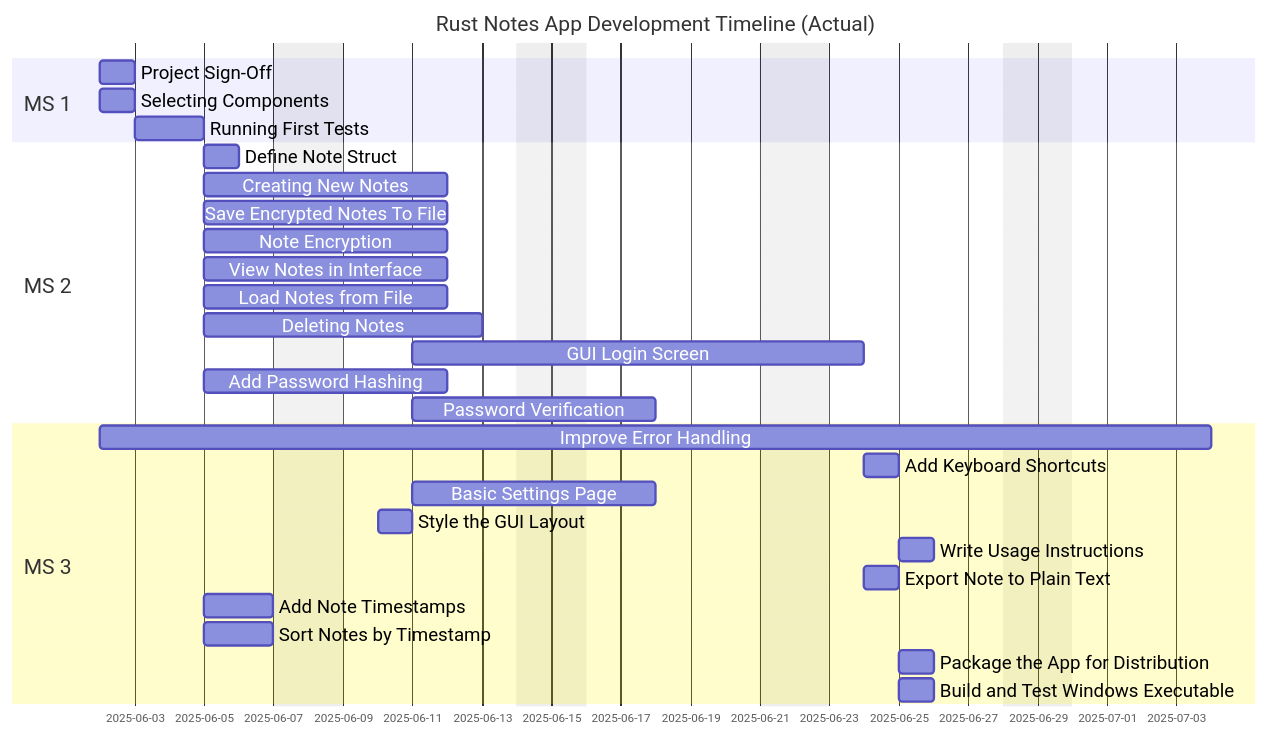
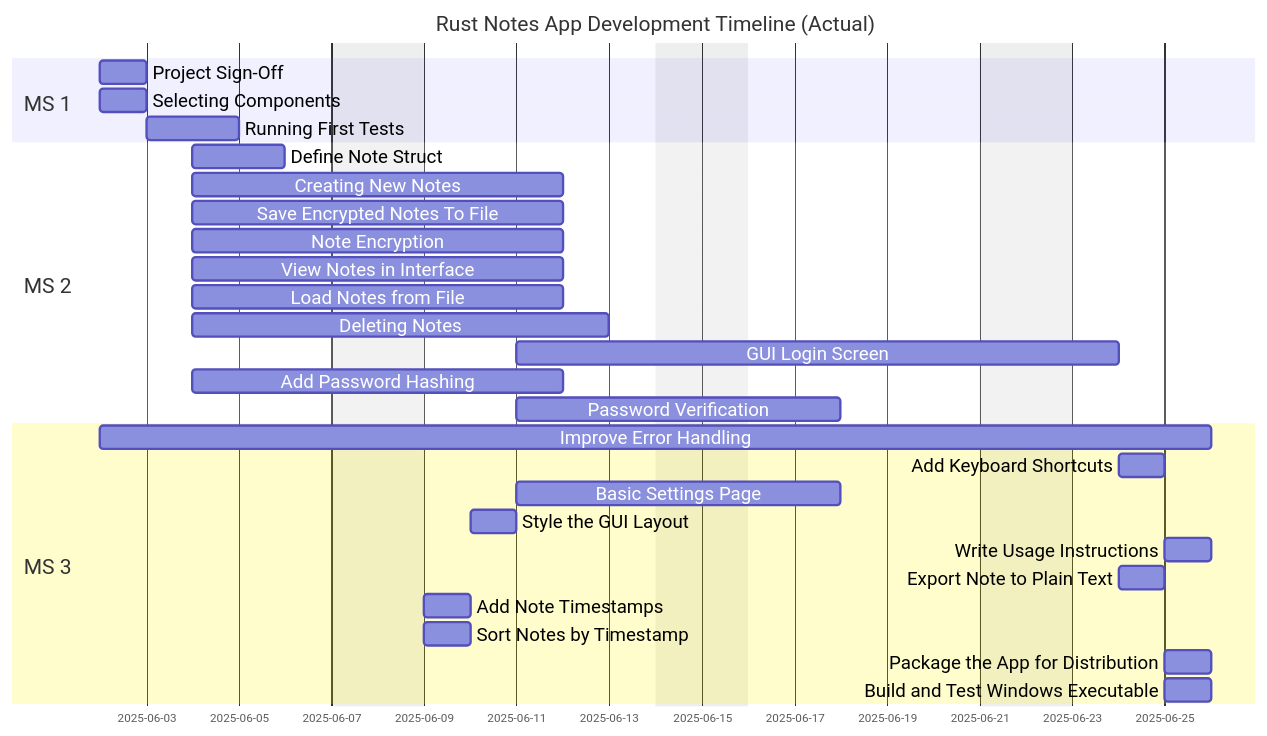
One commit to dthfan2007/RustNoteApp changed the diagram in docs/assets/mmd/gantt_actual.mmd. Above: the diagram before and after it, drawn with Mermaid. The commit also changed 9 other files, not shown here.

```diff
--- a/docs/assets/mmd/gantt_actual.mmd
+++ b/docs/assets/mmd/gantt_actual.mmd
@@ -1,37 +1,37 @@
 %%{init: {
   'gantt': {
     'fontSize': 16,
     'sectionFontSize': 18
   }
 }}%%
 gantt
     todayMarker off
     excludes weekends
     title Rust Notes App Development Timeline (Actual)
     dateFormat  DD.MM.YYYY
     section MS 1
     Project Sign-Off                  :          req,   02.06.2025, 03.06.2025
     Selecting Components              :         core,   02.06.2025, 03.06.2025
     Running First Tests               :         test,   03.06.2025, 05.06.2025
     section MS 2
-    Define Note Struct                :         core,   05.06.2025, 06.06.2025
-    Creating New Notes                :         data,   05.06.2025, 10.06.2025
-    Save Encrypted Notes To File      :         data,   05.06.2025, 10.06.2025
-    Note Encryption                   :         safety, 05.06.2025, 10.06.2025
-    View Notes in Interface           :         ui,     05.06.2025, 10.06.2025
-    Load Notes from File              :         data,   05.06.2025, 10.06.2025
-    Deleting Notes                    :         data,   05.06.2025, 11.06.2025
+    Define Note Struct                :         core,   04.06.2025, 06.06.2025
+    Creating New Notes                :         data,   04.06.2025, 10.06.2025
+    Save Encrypted Notes To File      :         data,   04.06.2025, 10.06.2025
+    Note Encryption                   :         safety, 04.06.2025, 10.06.2025
+    View Notes in Interface           :         ui,     04.06.2025, 10.06.2025
+    Load Notes from File              :         data,   04.06.2025, 10.06.2025
+    Deleting Notes                    :         data,   04.06.2025, 11.06.2025
     GUI Login Screen                  :         ui,     11.06.2025, 20.06.2025
-    Add Password Hashing              :         data,   05.06.2025, 10.06.2025
+    Add Password Hashing              :         data,   04.06.2025, 10.06.2025
     Password Verification             :         data,   11.06.2025, 16.06.2025
     section MS 3
-    Improve Error Handling            :         ux,     02.06.2025, 26.06.2025
+    Improve Error Handling            :         ux,     02.06.2025, 20.06.2025
     Add Keyboard Shortcuts            :         ux,     24.06.2025, 25.06.2025
     Basic Settings Page               :         ui,     11.06.2025, 16.06.2025
     Style the GUI Layout              :         ui,     10.06.2025, 11.06.2025
     Write Usage Instructions          :         doc,    25.06.2025, 26.06.2025
     Export Note to Plain Text         :         ux,     24.06.2025, 25.06.2025
-    Add Note Timestamps               :         ui,     05.06.2025, 07.06.2025
-    Sort Notes by Timestamp           :         ui,     05.06.2025, 07.06.2025
+    Add Note Timestamps               :         ui,     09.06.2025, 10.06.2025
+    Sort Notes by Timestamp           :         ui,     09.06.2025, 10.06.2025
     Package the App for Distribution  :         final,  25.06.2025, 26.06.2025
     Build and Test Windows Executable :         final,  25.06.2025, 26.06.2025
```
